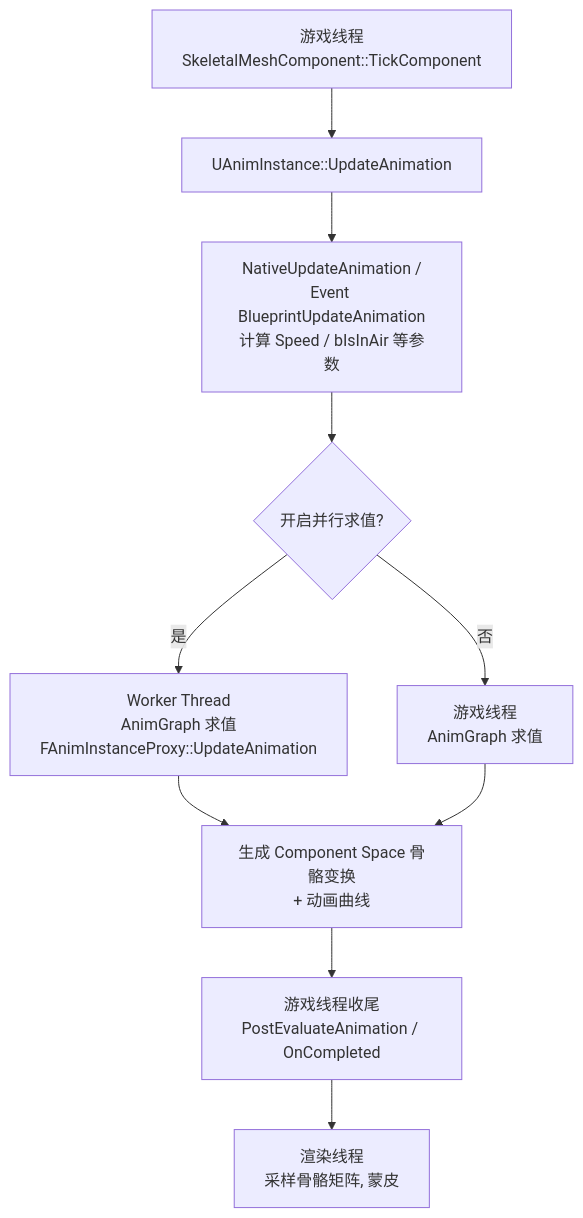
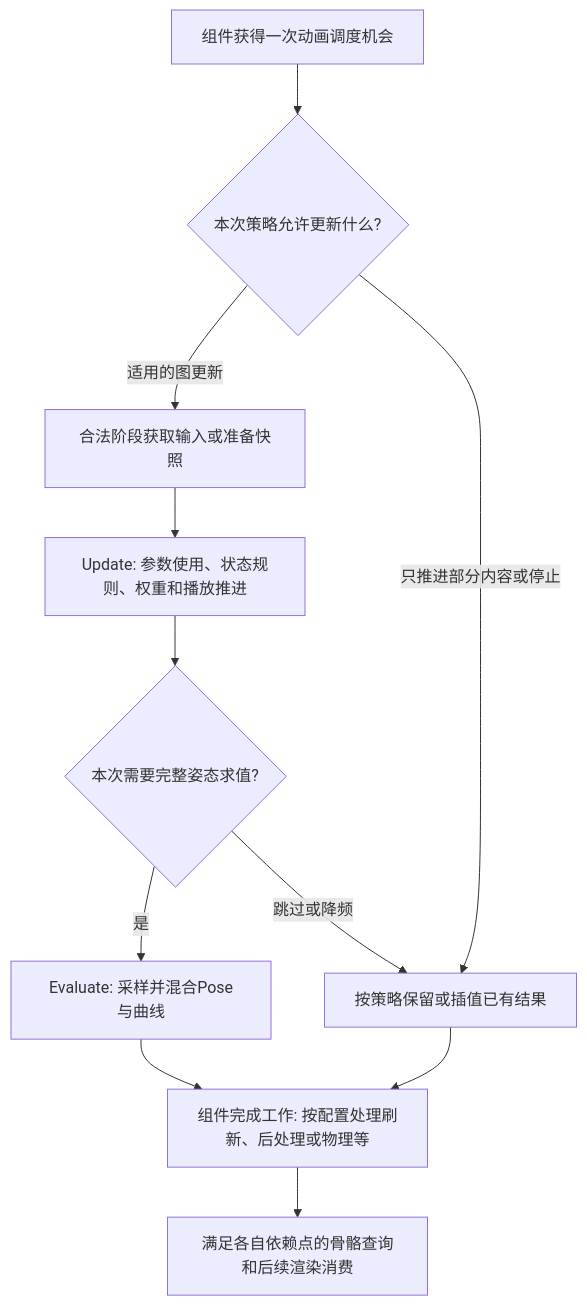
One commit to fantuan812/learning changed the first of 3 diagrams in 知识/04-图形动画与物理仿真/动画求值与角色表现/01-动画蓝图与状态机.md. Above: the diagram before and after it, drawn with Mermaid. The commit also changed other lines of this file and 1 other file, not shown here.

````diff
--- a/知识/04-图形动画与物理仿真/动画求值与角色表现/01-动画蓝图与状态机.md
+++ b/知识/04-图形动画与物理仿真/动画求值与角色表现/01-动画蓝图与状态机.md
@@ -71,12 +68,13 @@
 ```mermaid
 flowchart TD
-    A[游戏线程<br/>SkeletalMeshComponent::TickComponent] --> B[UAnimInstance::UpdateAnimation]
-    B --> C[NativeUpdateAnimation /<br/>Event BlueprintUpdateAnimation<br/>计算 Speed / bIsInAir 等参数]
-    C --> D{开启并行求值?}
-    D -- 是 --> E[Worker Thread<br/>AnimGraph 求值<br/>FAnimInstanceProxy::UpdateAnimation]
-    D -- 否 --> F[游戏线程<br/>AnimGraph 求值]
-    E --> G[生成 Component Space 骨骼变换<br/>+ 动画曲线]
-    F --> G
-    G --> H[游戏线程收尾<br/>PostEvaluateAnimation / OnCompleted]
-    H --> I[渲染线程<br/>采样骨骼矩阵, 蒙皮]
+    A[组件获得一次动画调度机会] --> B{本次策略允许更新什么?}
+    B -->|适用的图更新| C[合法阶段获取输入或准备快照]
+    C --> D[Update: 参数使用、状态规则、权重和播放推进]
+    D --> E{本次需要完整姿态求值?}
+    E -->|是| F[Evaluate: 采样并混合Pose与曲线]
+    E -->|跳过或降频| G[按策略保留或插值已有结果]
+    B -->|只推进部分内容或停止| G
+    F --> H[组件完成工作: 按配置处理刷新、后处理或物理等]
+    G --> H
+    H --> I[满足各自依赖点的骨骼查询和后续渲染消费]
 ```
````
